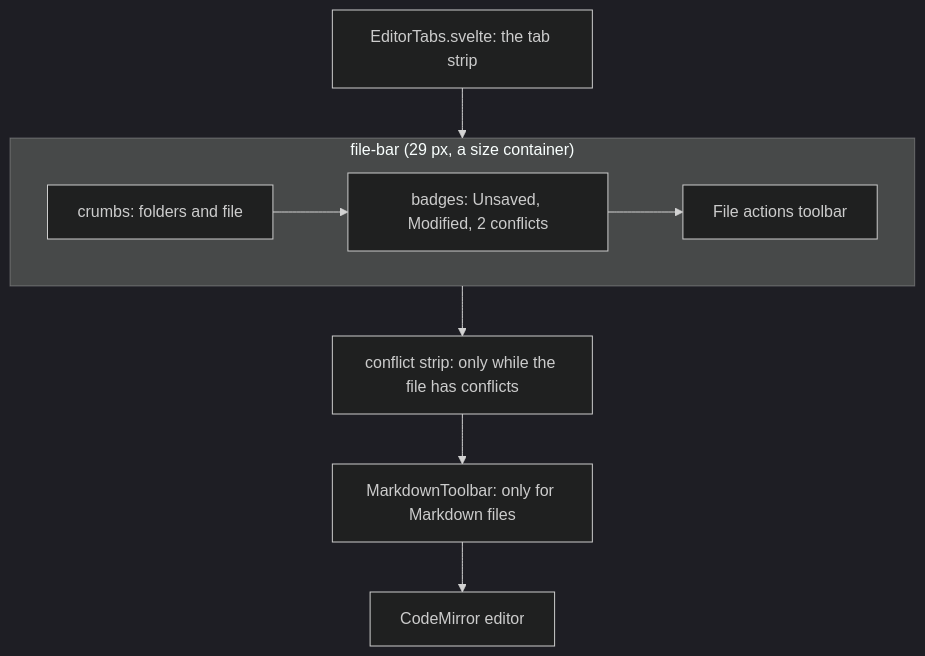
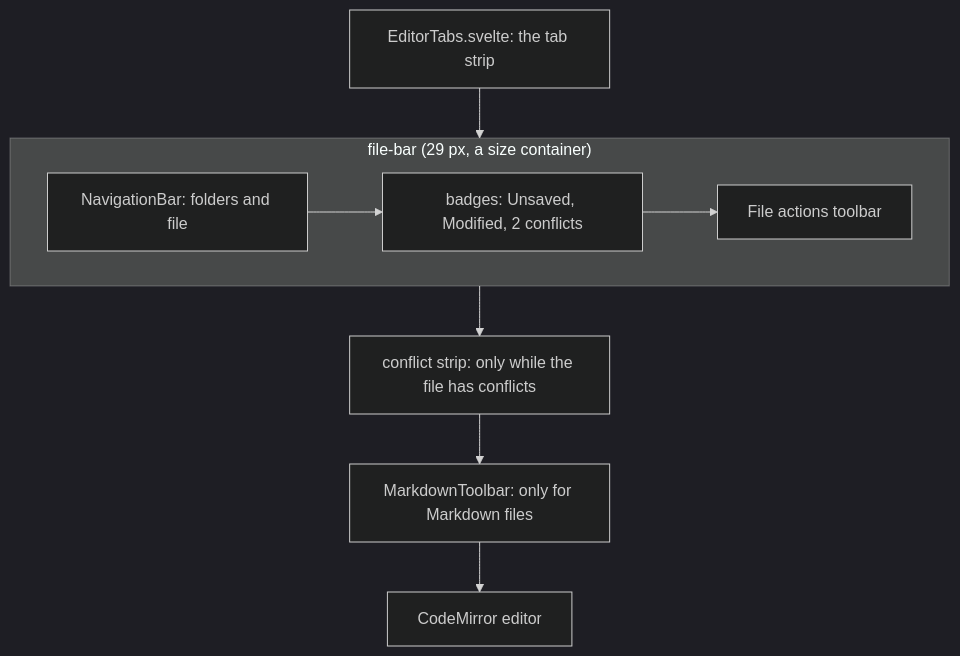
The diagram in docs/wiki/developer/How-the-Path-Bar-Works.md (shibbirweb/git-manager), drawn with Mermaid (dark theme) before and after one commit. The commit also changed other lines of this file and 31 other files, not shown here.

Commit message:
feat:[GM-8] add a JetBrains-style Navigation Bar with Cmd+Up, folder popups and search

````diff
--- a/docs/wiki/developer/How-the-Path-Bar-Works.md
+++ b/docs/wiki/developer/How-the-Path-Bar-Works.md
@@ -13,12 +13,12 @@
 ```mermaid
 flowchart TD
   Tabs["EditorTabs.svelte: the tab strip"] --> Bar
   subgraph Bar["file-bar (29 px, a size container)"]
     direction LR
-    Crumbs["crumbs: folders and file"] --> Badges["badges: Unsaved, Modified, 2 conflicts"]
+    Crumbs["NavigationBar: folders and file"] --> Badges["badges: Unsaved, Modified, 2 conflicts"]
     Badges --> Actions["File actions toolbar"]
   end
   Bar --> Conflict["conflict strip: only while the file has conflicts"]
   Conflict --> Format["MarkdownToolbar: only for Markdown files"]
   Format --> Code["CodeMirror editor"]
 ```
````
